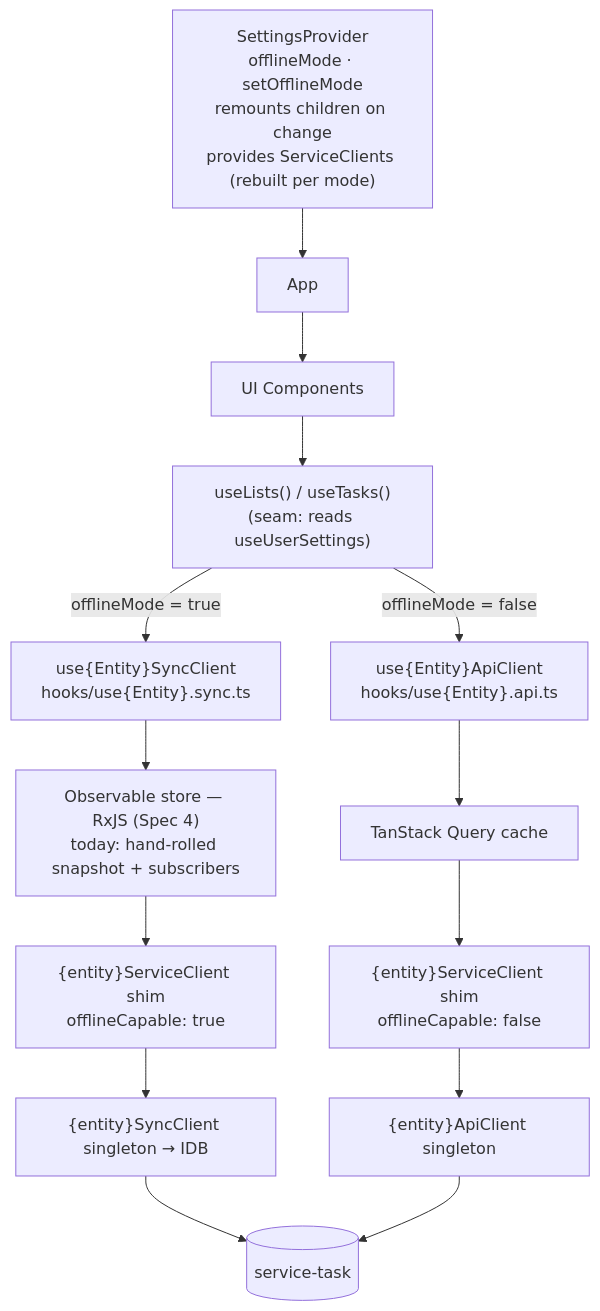
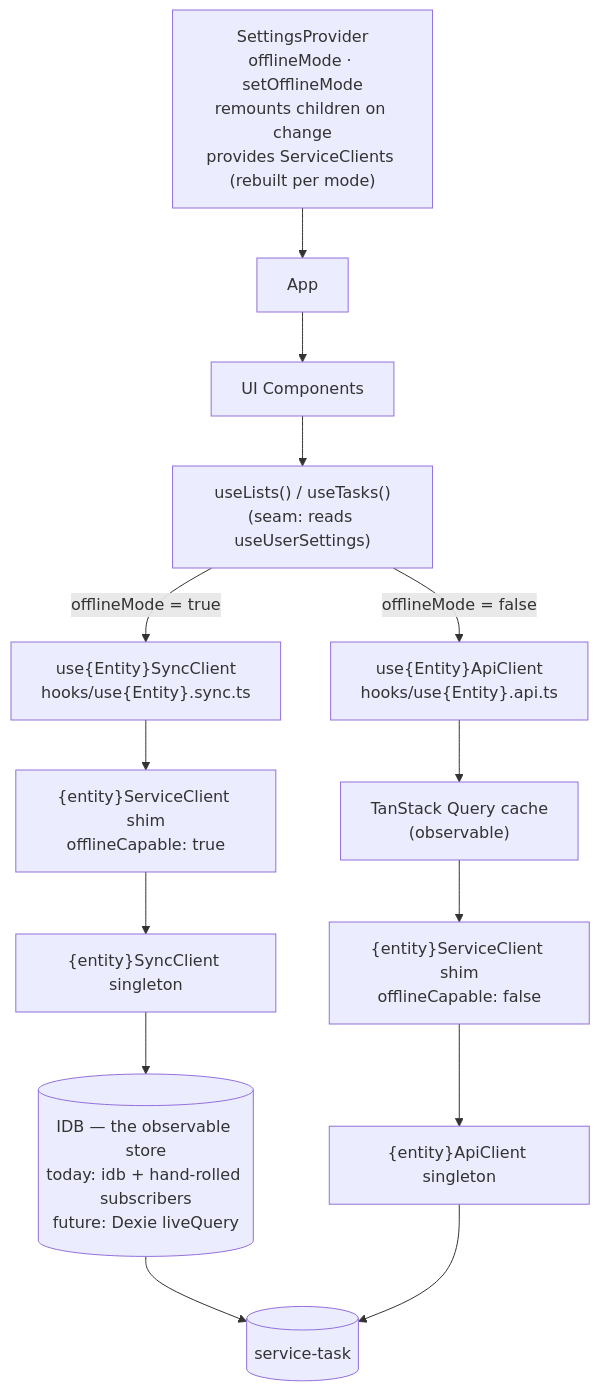
The diagram in docs/initiatives/online-offline-modes/DESIGN.md (jonpham/PSYKL-System), drawn with Mermaid before and after one commit. The commit also changed other lines of this file and 3 other files, not shown here.

````diff
--- a/docs/initiatives/online-offline-modes/DESIGN.md
+++ b/docs/initiatives/online-offline-modes/DESIGN.md
@@ -42,14 +43,13 @@
 ```mermaid
 flowchart TD
   SP["SettingsProvider<br/>offlineMode · setOfflineMode<br/>remounts children on change<br/>provides ServiceClients (rebuilt per mode)"] --> App
   App --> C["UI Components"]
   C --> UL["useLists() / useTasks()<br/>(seam: reads useUserSettings)"]
   UL -- "offlineMode = true" --> SC["use{Entity}SyncClient<br/>hooks/use{Entity}.sync.ts"]
   UL -- "offlineMode = false" --> AC["use{Entity}ApiClient<br/>hooks/use{Entity}.api.ts"]
-  SC --> RX["Observable store — RxJS (Spec 4)<br/>today: hand-rolled snapshot + subscribers"]
-  AC --> TQ["TanStack Query cache"]
-  RX --> SSC["{entity}ServiceClient shim<br/>offlineCapable: true"]
+  SC --> SSC["{entity}ServiceClient shim<br/>offlineCapable: true"]
+  AC --> TQ["TanStack Query cache<br/>(observable)"]
   TQ --> DSC["{entity}ServiceClient shim<br/>offlineCapable: false"]
-  SSC --> SYNCC["{entity}SyncClient singleton → IDB"] --> API[(service-task)]
+  SSC --> SYNCC["{entity}SyncClient singleton"] --> IDB[("IDB — the observable store<br/>today: idb + hand-rolled subscribers<br/>future: Dexie liveQuery")] --> API[(service-task)]
   DSC --> APIC["{entity}ApiClient singleton"] --> API
 ```
````
